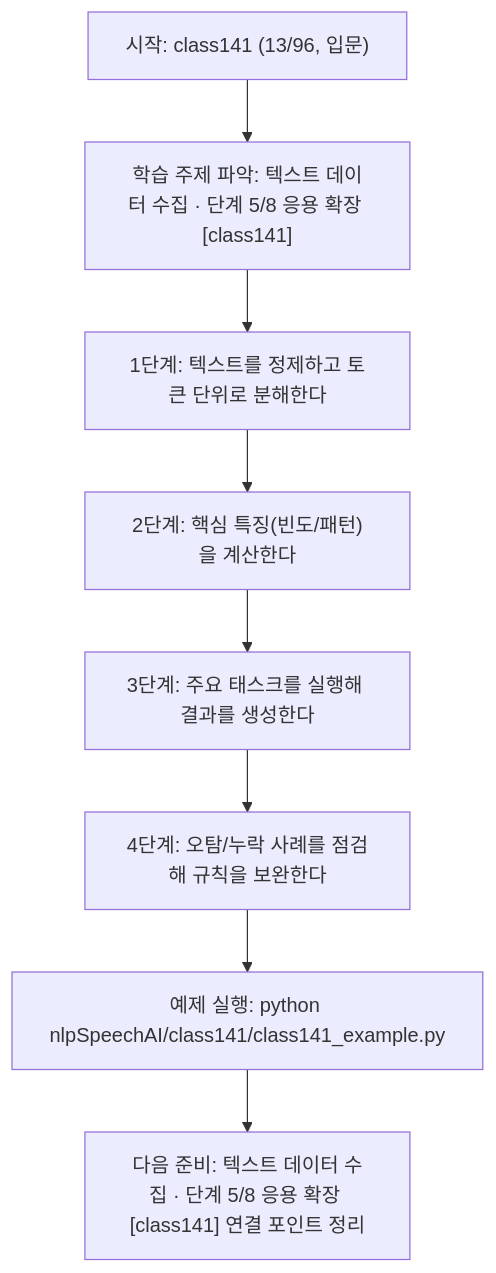
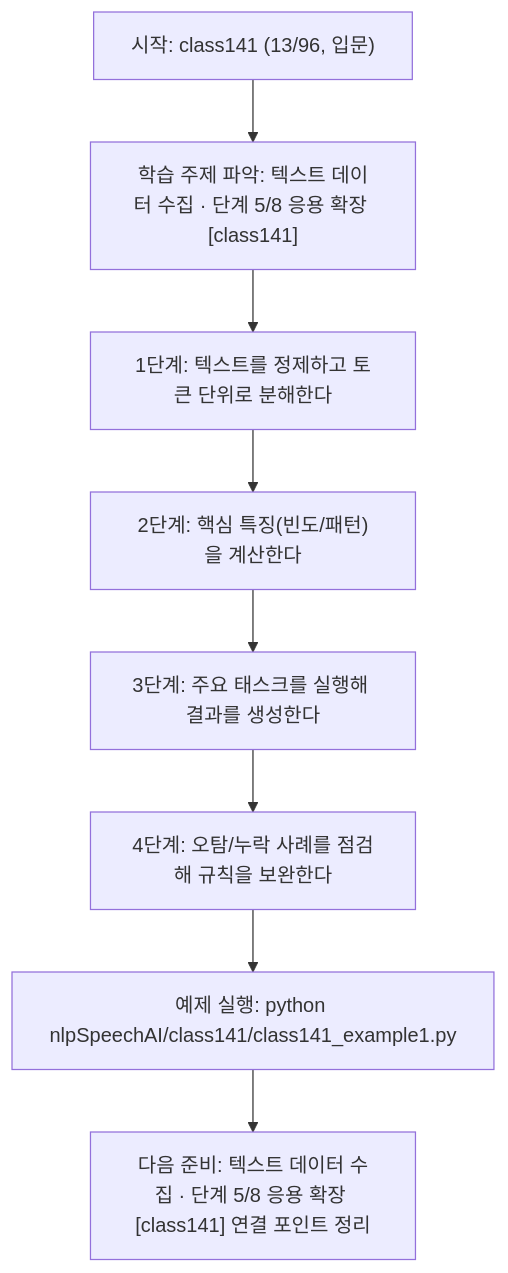
The diagram in nlpSpeechAI/class141/class141.md (edumgt/Python-AI_Agent-Class), drawn with Mermaid before and after one commit. The commit also changed other lines of this file and 2959 other files, not shown here.

````diff
--- a/nlpSpeechAI/class141/class141.md
+++ b/nlpSpeechAI/class141/class141.md
@@ -114,18 +114,18 @@
 ```mermaid
 flowchart TD
 N1["시작: class141 (13/96, 입문)"]
 N2["학습 주제 파악: 텍스트 데이터 수집 · 단계 5/8 응용 확장 [class141]"]
 N3["1단계: 텍스트를 정제하고 토큰 단위로 분해한다"]
 N4["2단계: 핵심 특징(빈도/패턴)을 계산한다"]
 N5["3단계: 주요 태스크를 실행해 결과를 생성한다"]
 N6["4단계: 오탐/누락 사례를 점검해 규칙을 보완한다"]
-N7["예제 실행: python nlpSpeechAI/class141/class141_example.py"]
+N7["예제 실행: python nlpSpeechAI/class141/class141_example1.py"]
 N8["다음 준비: 텍스트 데이터 수집 · 단계 5/8 응용 확장 [class141] 연결 포인트 정리"]
 N1 --> N2
 N2 --> N3
 N3 --> N4
 N4 --> N5
 N5 --> N6
 N6 --> N7
 N7 --> N8
 ```
````
